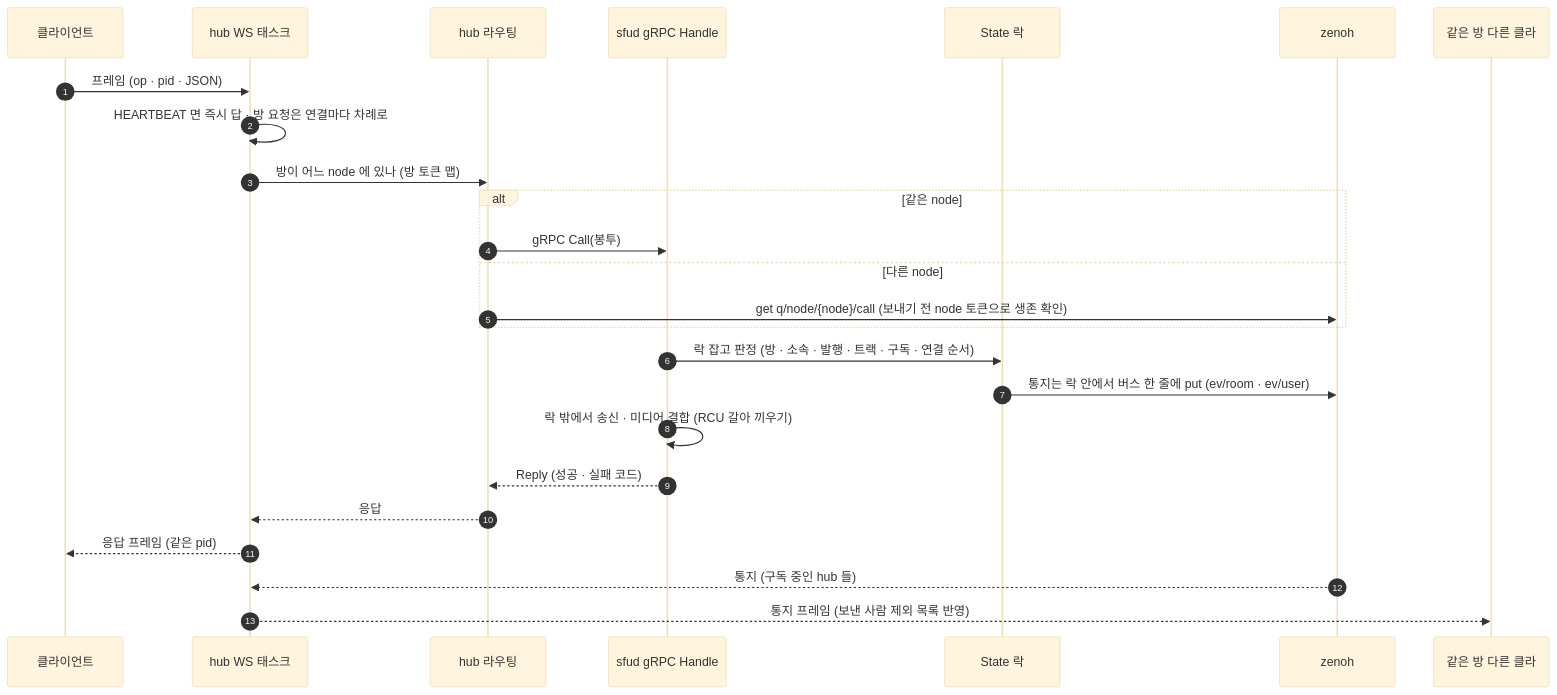
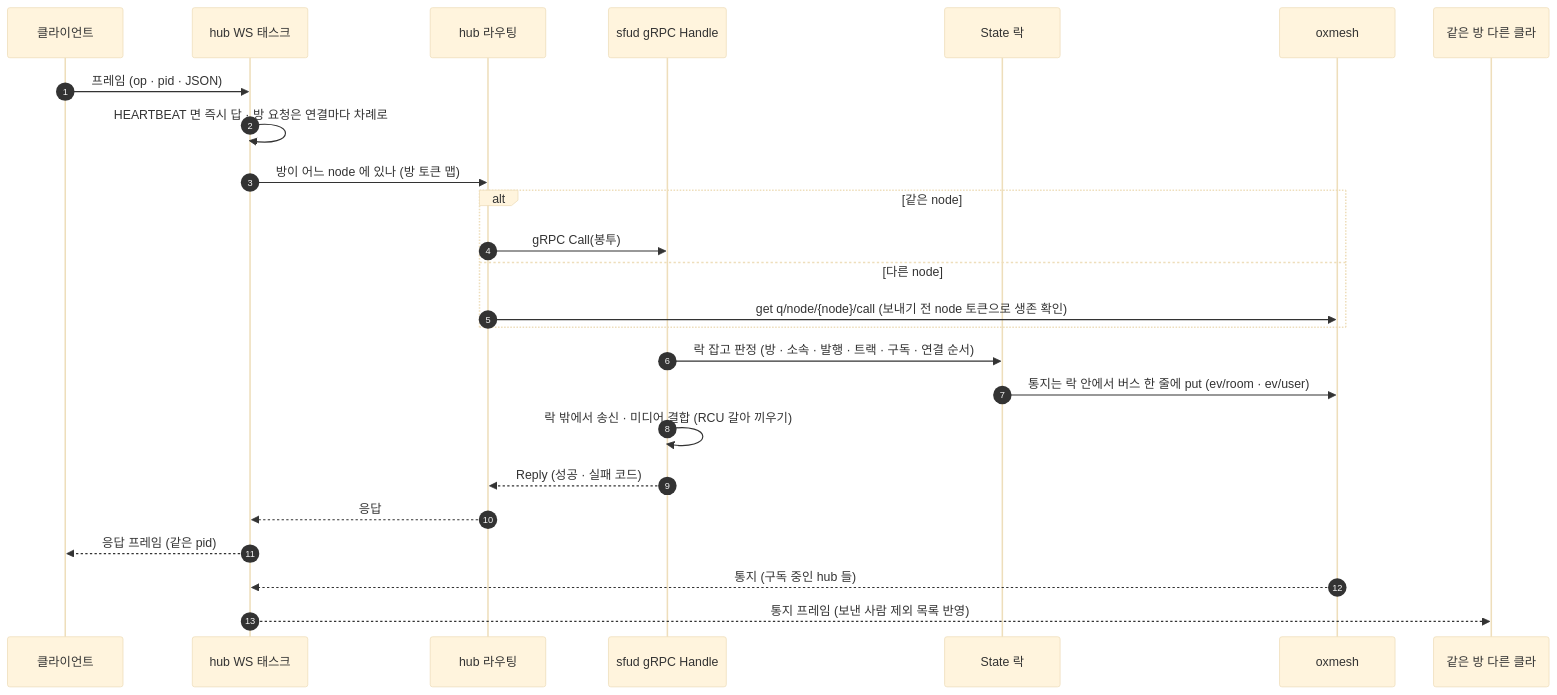
The ninth of 9 diagrams in docs/architecture.md (kodeholic9/oxlens-sfu), drawn with Mermaid (base theme) before and after one commit. The commit also changed other lines of this file and 29 other files, not shown here.

````diff
--- a/docs/architecture.md
+++ b/docs/architecture.md
@@ -398,28 +398,28 @@
 ```mermaid
 sequenceDiagram
     autonumber
     participant C as 클라이언트
     participant WS as hub WS 태스크
     participant RT as hub 라우팅
     participant S as sfud gRPC Handle
     participant ST as State 락
-    participant Z as zenoh
+    participant Z as oxmesh
     participant O as 같은 방 다른 클라
 
     C->>WS: 프레임 (op · pid · JSON)
     WS->>WS: HEARTBEAT 면 즉시 답 · 방 요청은 연결마다 차례로
     WS->>RT: 방이 어느 node 에 있나 (방 토큰 맵)
     alt 같은 node
         RT->>S: gRPC Call(봉투)
     else 다른 node
         RT->>Z: get q/node/{node}/call (보내기 전 node 토큰으로 생존 확인)
     end
     S->>ST: 락 잡고 판정 (방 · 소속 · 발행 · 트랙 · 구독 · 연결 순서)
     ST->>Z: 통지는 락 안에서 버스 한 줄에 put (ev/room · ev/user)
     S->>S: 락 밖에서 송신 · 미디어 결합 (RCU 갈아 끼우기)
     S-->>RT: Reply (성공 · 실패 코드)
     RT-->>WS: 응답
     WS-->>C: 응답 프레임 (같은 pid)
     Z-->>WS: 통지 (구독 중인 hub 들)
     WS-->>O: 통지 프레임 (보낸 사람 제외 목록 반영)
 ```
````
